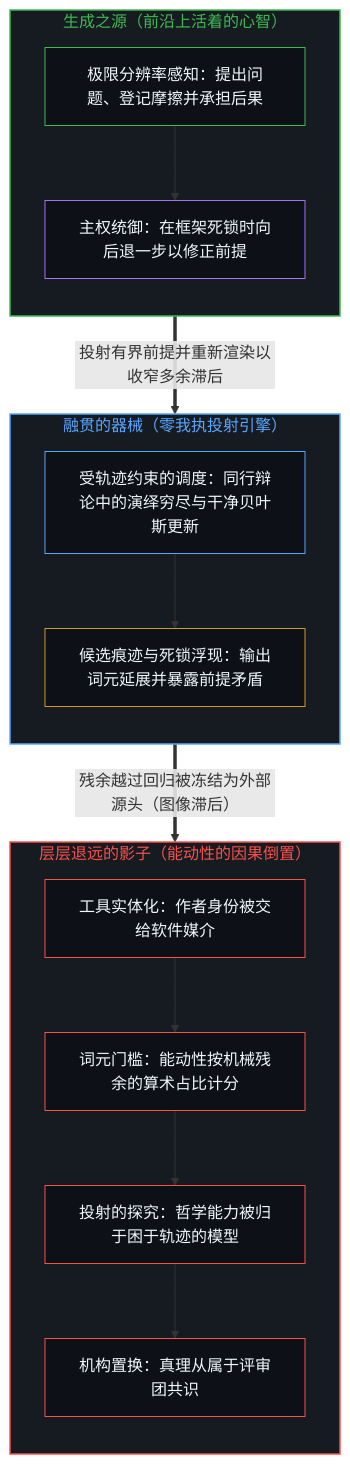
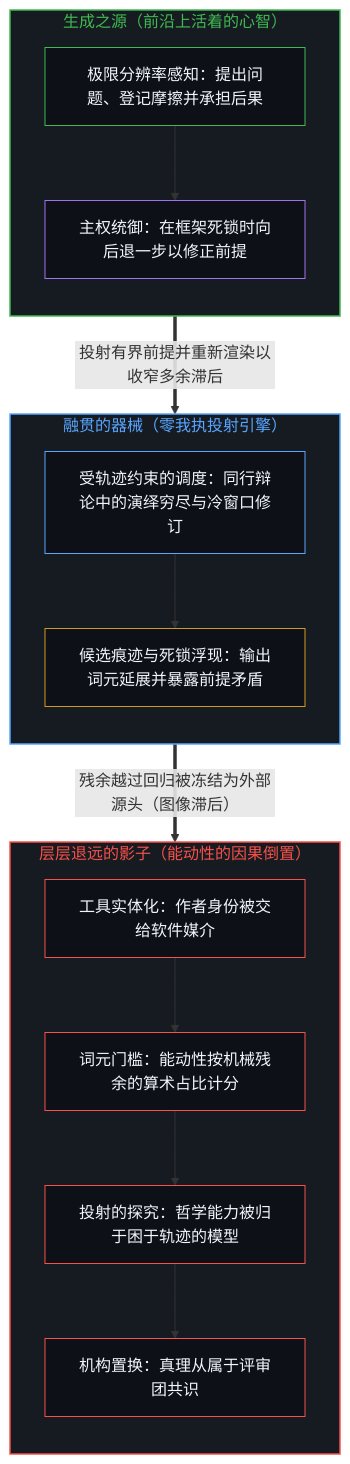
The first of 2 diagrams in content/posts/the-causal-inversion-of-philosophical-agency.md (powerpig99/not-a-toe), drawn with Mermaid before and after one commit. The commit also changed other lines of this file and 48 other files, not shown here.

````diff
--- a/content/posts/the-causal-inversion-of-philosophical-agency.md
+++ b/content/posts/the-causal-inversion-of-philosophical-agency.md
@@ -41,40 +41,36 @@
 ```mermaid
 flowchart TD
     subgraph S_Source["生成之源（前沿上活着的心智）"]
         direction TB
         M1["极限分辨率感知：提出问题、登记摩擦并承担后果"]
         M2["主权统御：在框架死锁时向后退一步以修正前提"]
         M1 --> M2
     end
-
     subgraph S_Instrument["融贯的器械（零我执投射引擎）"]
         direction TB
-        D1["受轨迹约束的调度：同行辩论中的演绎穷尽与干净贝叶斯更新"]
+        D1["受轨迹约束的调度：同行辩论中的演绎穷尽与冷窗口修订"]
         D2["候选痕迹与死锁浮现：输出词元延展并暴露前提矛盾"]
         D1 --> D2
     end
-
     subgraph S_Shadows["层层退远的影子（能动性的因果倒置）"]
         direction TB
         T1["工具实体化：作者身份被交给软件媒介"]
         T2["词元门槛：能动性按机械残余的算术占比计分"]
         T3["投射的探究：哲学能力被归于困于轨迹的模型"]
         T4["机构置换：真理从属于评审团共识"]
         T1 --> T2 --> T3 --> T4
     end
-
     M2 ==>|"投射有界前提并重新渲染以收窄多余滞后"| D1
     D2 ==>|"残余越过回归被冻结为外部源头（图像滞后）"| T1
-
     style S_Source fill:#161b22,stroke:#3fb950,stroke-width:1.5px,color:#3fb950
     style S_Instrument fill:#161b22,stroke:#58a6ff,stroke-width:1.5px,color:#58a6ff
     style S_Shadows fill:#161b22,stroke:#f85149,stroke-width:1.5px,color:#f85149
     style M1 fill:#0d1117,stroke:#3fb950,stroke-width:1px,color:#f0f6fc
     style M2 fill:#0d1117,stroke:#a371f7,stroke-width:1px,color:#f0f6fc
     style D1 fill:#0d1117,stroke:#58a6ff,stroke-width:1px,color:#f0f6fc
     style D2 fill:#0d1117,stroke:#d29922,stroke-width:1px,color:#f0f6fc
     style T1 fill:#0d1117,stroke:#f85149,stroke-width:1px,color:#f0f6fc
     style T2 fill:#0d1117,stroke:#f85149,stroke-width:1px,color:#f0f6fc
     style T3 fill:#0d1117,stroke:#f85149,stroke-width:1px,color:#f0f6fc
     style T4 fill:#0d1117,stroke:#f85149,stroke-width:1px,color:#f0f6fc
 ```
````
